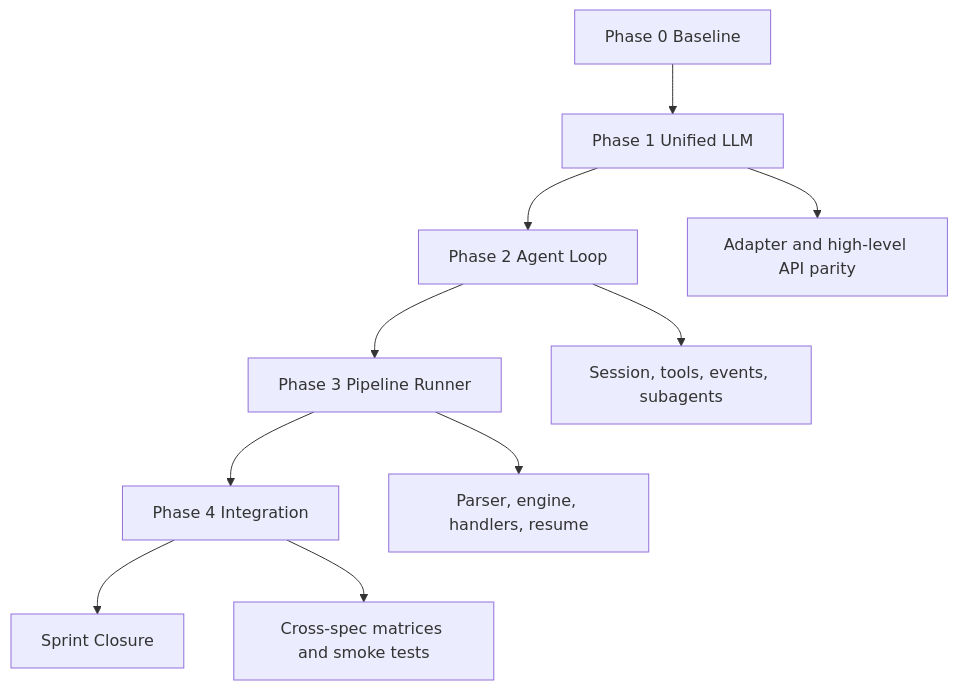
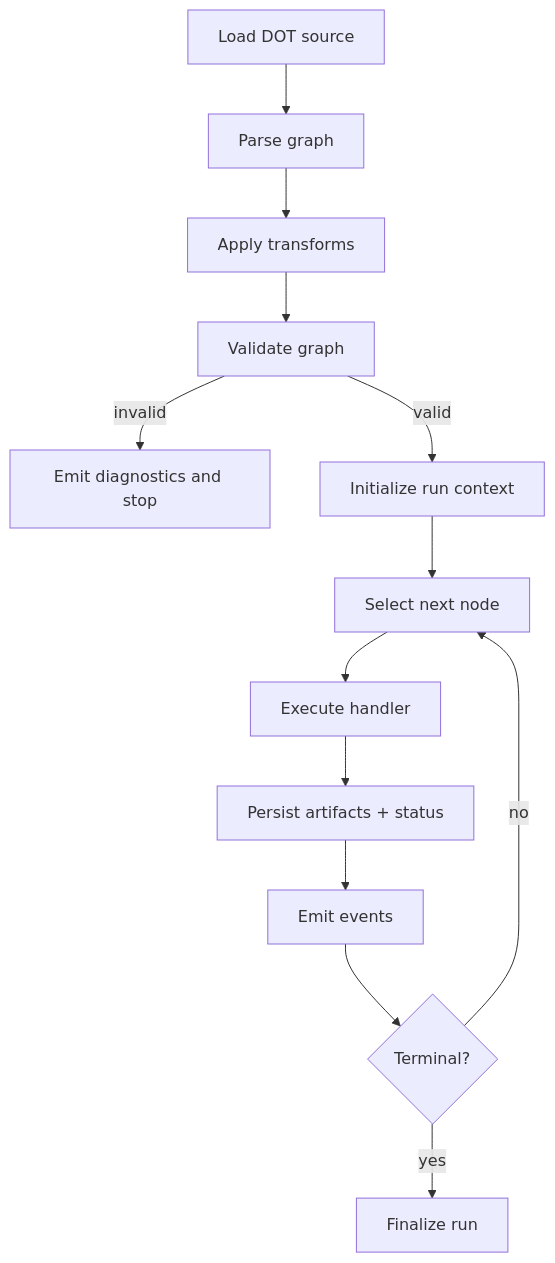
The third of 5 diagrams in docs/sprints/SPRINT-001-comprehensive-implementation-plan.md (jaytaylor/attractor-php), drawn with Mermaid before and after one commit. The commit also changed other lines of this file, not shown here.

Commit message:
docs(sprint-001): sync comprehensive plan to verified complete state

````diff
--- a/docs/sprints/SPRINT-001-comprehensive-implementation-plan.md
+++ b/docs/sprints/SPRINT-001-comprehensive-implementation-plan.md
@@ -590,13 +604,15 @@
 ```mermaid
 flowchart TD
-    A[Phase 0 Baseline] --> B[Phase 1 Unified LLM]
-    B --> C[Phase 2 Agent Loop]
-    C --> D[Phase 3 Pipeline Runner]
-    D --> E[Phase 4 Integration]
-    E --> F[Sprint Closure]
-
-    B --> B1[Adapter and high-level API parity]
-    C --> C1[Session, tools, events, subagents]
-    D --> D1[Parser, engine, handlers, resume]
-    E --> E1[Cross-spec matrices and smoke tests]
+  A[Load DOT source] --> B[Parse graph]
+  B --> C[Apply transforms]
+  C --> D[Validate graph]
+  D -->|invalid| X[Emit diagnostics and stop]
+  D -->|valid| E[Initialize run context]
+  E --> F[Select next node]
+  F --> G[Execute handler]
+  G --> H[Persist artifacts + status]
+  H --> I[Emit events]
+  I --> J{Terminal?}
+  J -->|no| F
+  J -->|yes| K[Finalize run]
 ```
````
